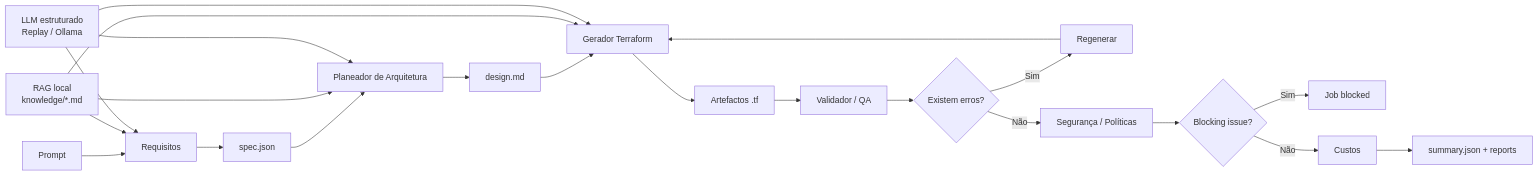
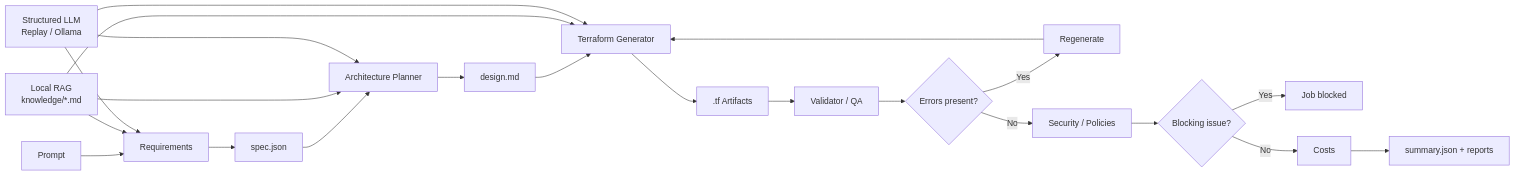
Before and after one commit to oleitao/ai-projects: the second of 2 diagrams in AI-AGENTS/README.md, drawn with Mermaid. The commit also changed other lines of this file, not shown here.

````diff
--- a/AI-AGENTS/README.md
+++ b/AI-AGENTS/README.md
@@ -92,25 +92,25 @@
 ```mermaid
 flowchart LR
-    A[Prompt] --> B[Requisitos]
+    A[Prompt] --> B[Requirements]
     B --> C[spec.json]
-    C --> D[Planeador de Arquitetura]
+    C --> D[Architecture Planner]
     D --> E[design.md]
-    E --> F[Gerador Terraform]
-    F --> G[Artefactos .tf]
-    G --> H[Validador / QA]
-    H --> I{Existem erros?}
-    I -- Sim --> J[Regenerar]
+    E --> F[Terraform Generator]
+    F --> G[.tf Artifacts]
+    G --> H[Validator / QA]
+    H --> I{Errors present?}
+    I -- Yes --> J[Regenerate]
     J --> F
-    I -- Não --> K[Segurança / Políticas]
+    I -- No --> K[Security / Policies]
     K --> L{Blocking issue?}
-    L -- Sim --> M[Job blocked]
-    L -- Não --> N[Custos]
+    L -- Yes --> M[Job blocked]
+    L -- No --> N[Costs]
     N --> O[summary.json + reports]
 
-    P[RAG local\nknowledge/*.md] --> B
+    P[Local RAG\nknowledge/*.md] --> B
     P --> D
     P --> F
-    Q[LLM estruturado\nReplay / Ollama] --> B
+    Q[Structured LLM\nReplay / Ollama] --> B
     Q --> D
     Q --> F
 ```
````
